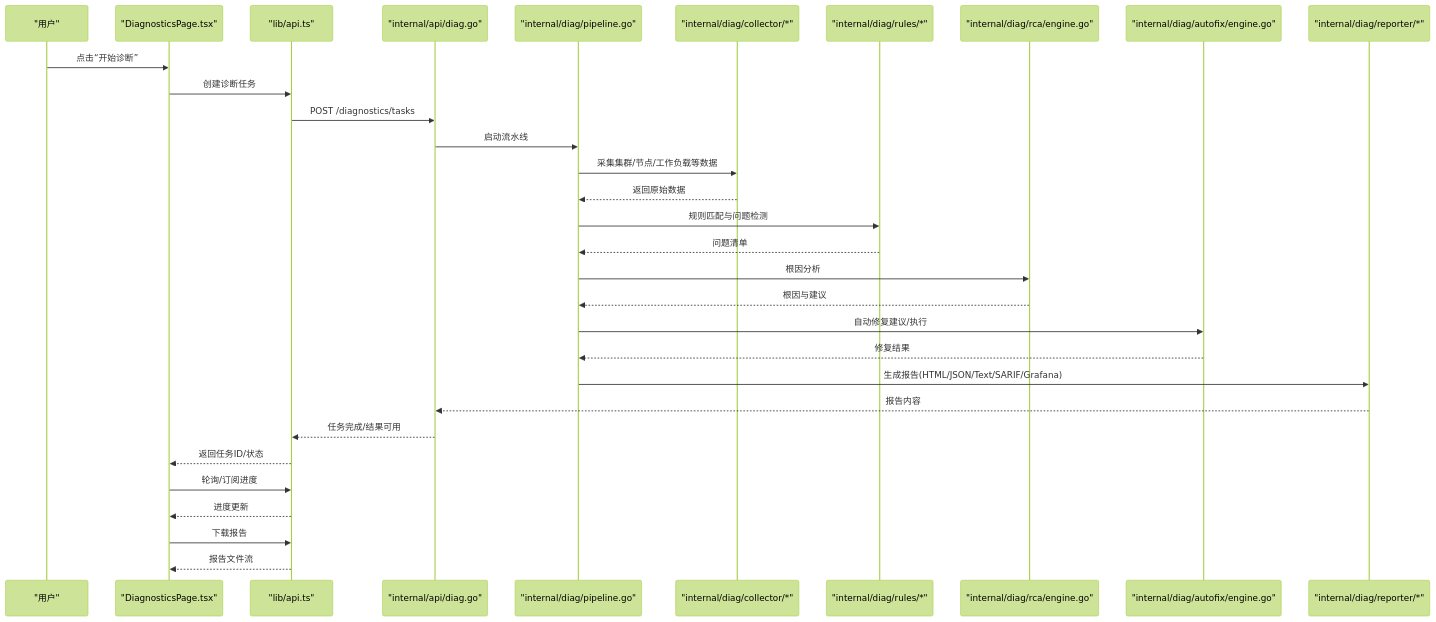
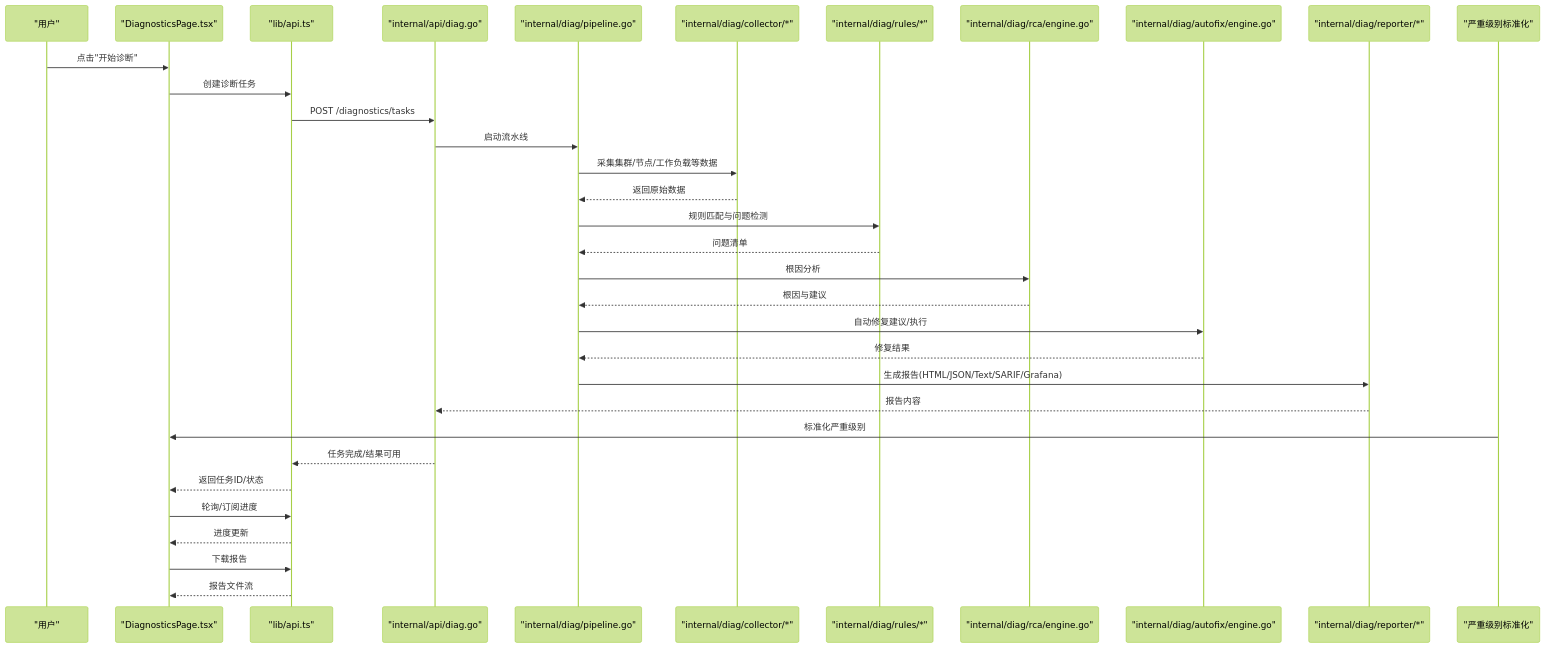
The second of 7 diagrams in .qoder/repowiki/zh/content/Web前端应用/页面组件/诊断页面.md (kudig-io/klaw), drawn with Mermaid (forest theme) before and after one commit. The commit also changed other lines of this file and 48 other files, not shown here.

````diff
--- a/.qoder/repowiki/zh/content/Web前端应用/页面组件/诊断页面.md
+++ b/.qoder/repowiki/zh/content/Web前端应用/页面组件/诊断页面.md
@@ -150,33 +166,35 @@
 ```mermaid
 sequenceDiagram
 participant U as "用户"
 participant FE as "DiagnosticsPage.tsx"
 participant API as "lib/api.ts"
 participant BE as "internal/api/diag.go"
 participant PL as "internal/diag/pipeline.go"
 participant COL as "internal/diag/collector/*"
 participant RA as "internal/diag/rules/*"
 participant RCA as "internal/diag/rca/engine.go"
 participant AF as "internal/diag/autofix/engine.go"
 participant REP as "internal/diag/reporter/*"
-U->>FE : 点击“开始诊断”
+participant SEV as "严重级别标准化"
+U->>FE : 点击"开始诊断"
 FE->>API : 创建诊断任务
 API->>BE : POST /diagnostics/tasks
 BE->>PL : 启动流水线
 PL->>COL : 采集集群/节点/工作负载等数据
 COL-->>PL : 返回原始数据
 PL->>RA : 规则匹配与问题检测
 RA-->>PL : 问题清单
 PL->>RCA : 根因分析
 RCA-->>PL : 根因与建议
 PL->>AF : 自动修复建议/执行
 AF-->>PL : 修复结果
 PL->>REP : 生成报告(HTML/JSON/Text/SARIF/Grafana)
 REP-->>BE : 报告内容
+SEV->>FE : 标准化严重级别
 BE-->>API : 任务完成/结果可用
 API-->>FE : 返回任务ID/状态
 FE->>API : 轮询/订阅进度
 API-->>FE : 进度更新
 FE->>API : 下载报告
 API-->>FE : 报告文件流
 ```
````
